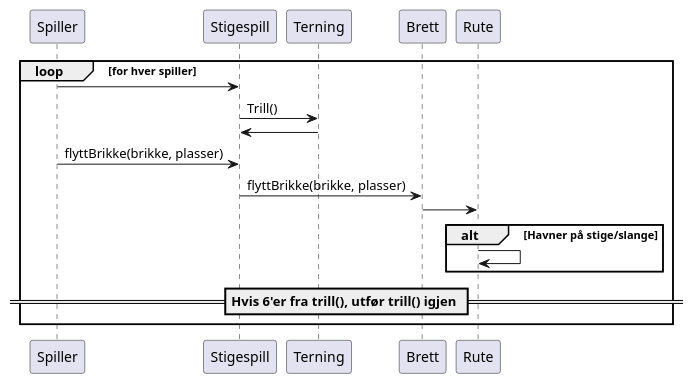
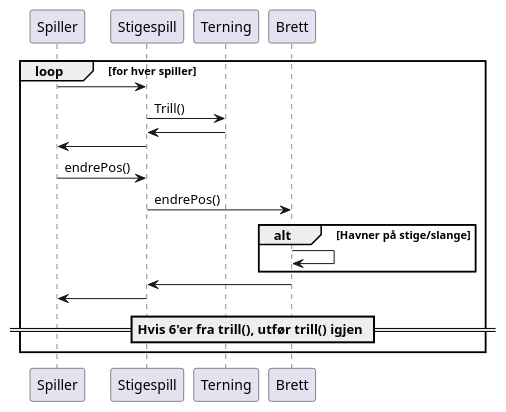
The diagram in src/no/hvl/DAT109/Diagrams/Sekvensdiagram.puml (S571736/DAT109_oblig1), drawn with PlantUML before and after one commit. The commit also changed 3 other files, not shown here.

```diff
--- a/src/no/hvl/DAT109/Diagrams/Sekvensdiagram.puml
+++ b/src/no/hvl/DAT109/Diagrams/Sekvensdiagram.puml
@@ -1,15 +1,18 @@
 @startuml
 loop for hver spiller
     Spiller -> Stigespill
     Stigespill -> Terning : Trill()
     Terning -> Stigespill
-    Spiller -> Stigespill : flyttBrikke(brikke, plasser)
-    Stigespill -> Brett : flyttBrikke(brikke, plasser)
-    Brett -> Rute
+    Stigespill -> Spiller
+    Spiller -> Stigespill : endrePos()
+    Stigespill -> Brett : endrePos()
+
     alt Havner på stige/slange
-        Rute -> Rute
+        Brett -> Brett
     end
+    Brett -> Stigespill
+    Stigespill -> Spiller
     == Hvis 6'er fra trill(), utfør trill() igjen ==
 end
 
 @enduml
```
